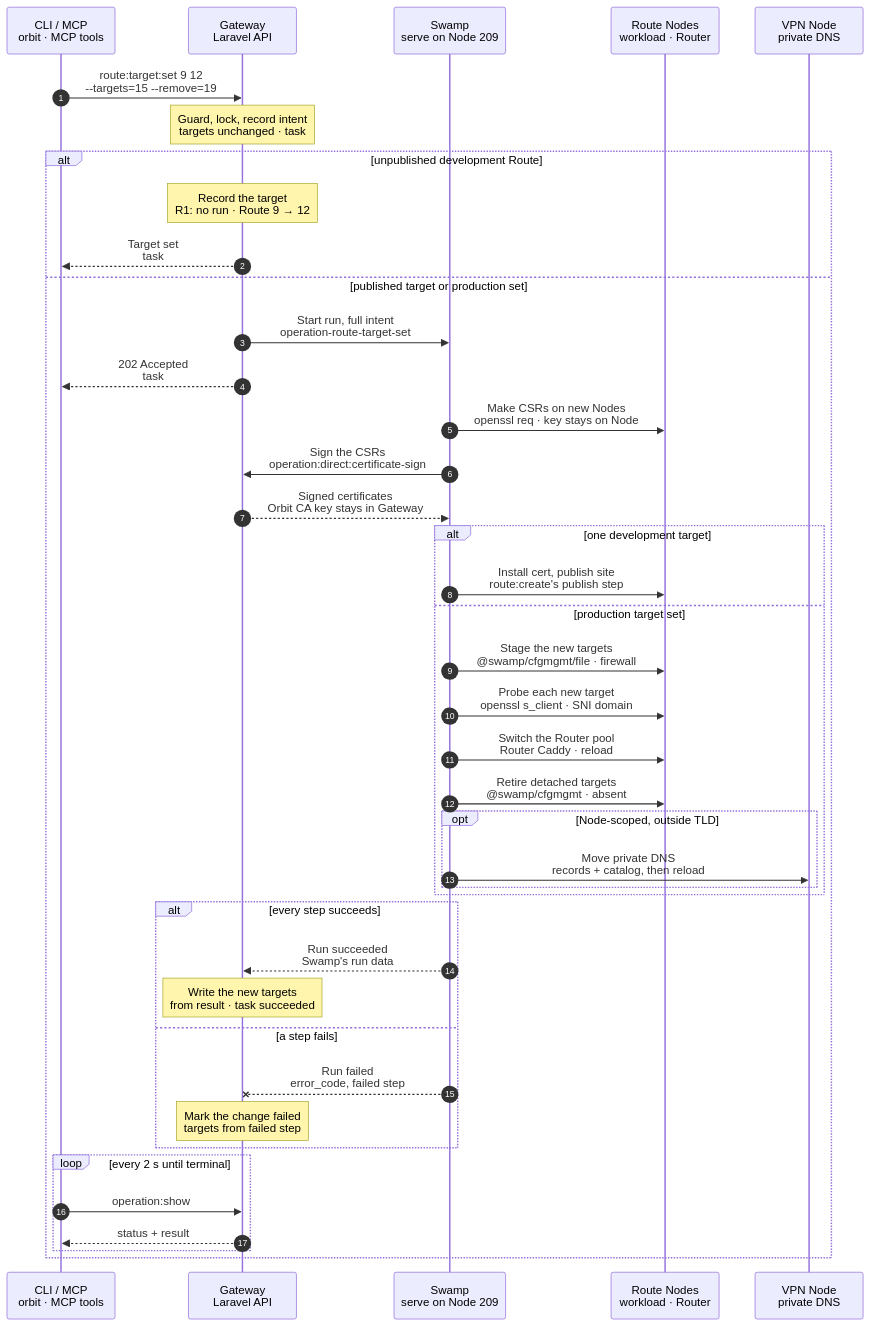
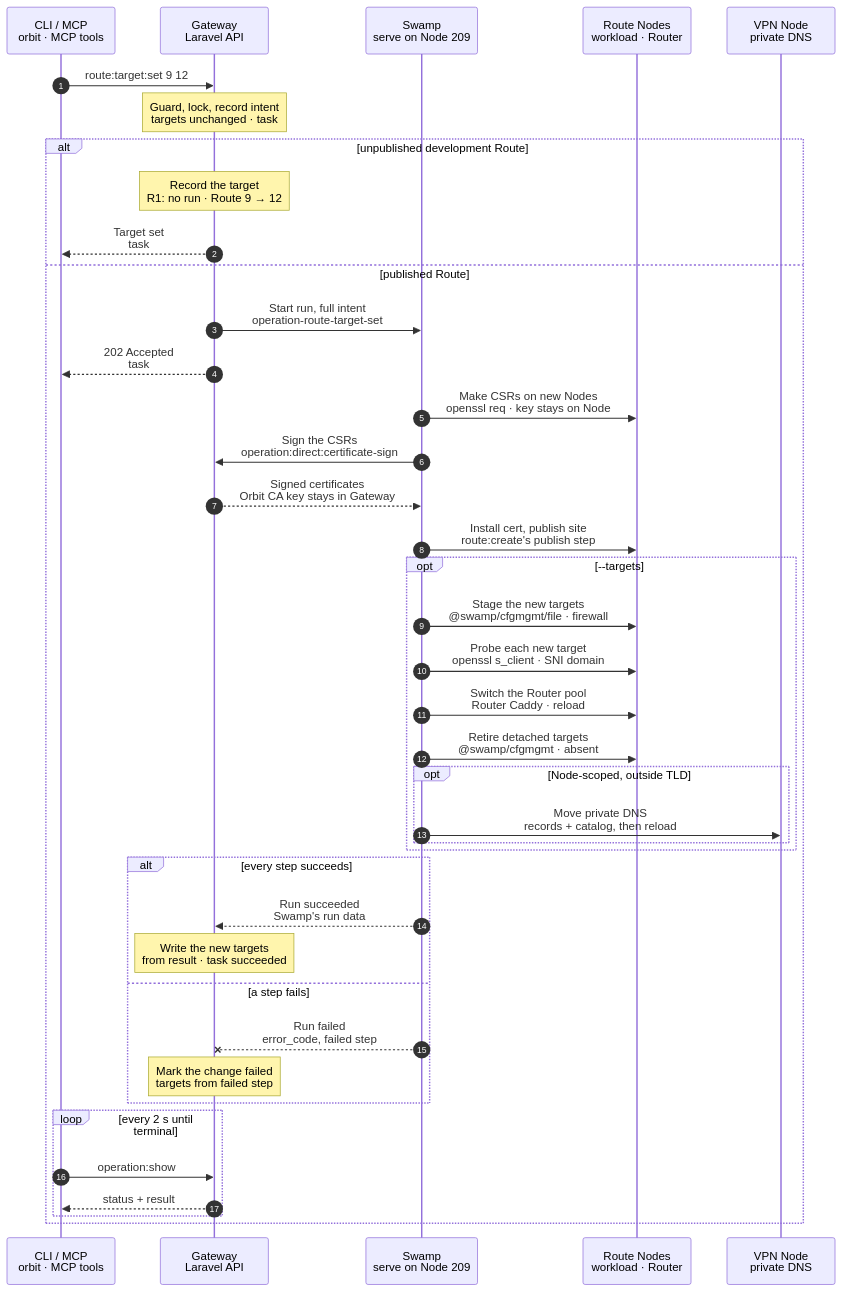
Before and after one commit to hardimpactdev/orbit: the diagram in docs/cli/route/target-set.mmd, drawn with Mermaid. The commit also changed 5 other files, not shown here.

First line of the commit message:
docs(cli): draw route and schedule charts with a required-only main path

```diff
--- a/docs/cli/route/target-set.mmd
+++ b/docs/cli/route/target-set.mmd
@@ -1,153 +1,161 @@
 sequenceDiagram
   %% Target design: ADR 0244 task, DECISIONS R1-R4 + round 2 (target_set single path, R2), Gateway signs CSRs (root-of-trust), single-swamp-node. docs/cli/route.mdx, docs/reference/routes.md (Create and change targets, Change a production target set).
   %% Tightened: flow-tighten 2026-11-02, rules 2, 3, 22 (instance:create owns web-root access; DNS only outside the TLD; cfgmgmt file/firewall).
   %% Corrected 2026-11-02: a development target is not record-only. Its site root is the target Instance's checkout, so a published site moves in route:create's one publish step.
+  %% Rule 23: 2026-11-03 required-only main path.
   %% status: draft
   %% command: route:target:set
   %% kind: route.target_set
   autonumber
   %% lane CLI icon=terminal pill=caller tone=gray
   %% lane GW icon=gateway pill=intent tone=blue
   %% lane SW icon=workflow pill=executes tone=green
   %% lane N icon=server pill=target tone=amber
   %% lane V icon=server pill=target tone=purple
   participant CLI as CLI / MCP<br/>orbit · MCP tools
   participant GW as Gateway<br/>Laravel API
   participant SW as Swamp<br/>serve on Node 209
   participant N as Route Nodes<br/>workload · Router
   participant V as VPN Node<br/>private DNS
-  CLI->>GW: route:target:set 9 12<br/>--targets=15 --remove=19
+  CLI->>GW: route:target:set 9 12
   %%> Command:
-  %%> - `orbit route:target:set 9 12 --targets=15 --reassign=18:4 --remove=19`
+  %%> - `orbit route:target:set 9 12`
   %%> - syntax: `<route> <target> [--targets=ID]... [--reassign=ID:ROUTE]... [--remove=ID]...`
   %%> Input:
-  %%> - Route 9 and Instance 12
-  %%> - without options: one target
-  %%> - with options: the complete ordered production target set, here Instances 12 and 15
-  %%> - each detached Instance needs a disposition: `--reassign=18:4` moves Instance 18 to Route 4, `--remove=19` allows removing Instance 19
+  %%> - Route 9 and Instance 12: the one target of Route 9
+  %%> Optional:
+  %%> - `--targets=15`: the complete ordered production target set, here Instances 12 and 15; it adds the set steps in `opt --targets`
+  %%> - `--reassign=18:4`: a detached Instance 18 moves to Route 4
+  %%> - `--remove=19`: allows removing a detached Instance 19
+  %%> - each detached Instance needs one of these dispositions; `--reassign` and `--remove` also send the request as a target set
+  %%> - `--idempotency-key` and `--json` change no step
   Note over GW: Guard, lock, record intent<br/>targets unchanged · task #5140
   %%> Requirements:
   %%> - your Node has an access grant to every target's Node
   %%> - every target is an active Instance of Route 9's Project (`route.target_app_conflict`, `route.target_inactive`)
   %%> - no active Instance loses its only Route (`route.target_conflict`)
   %%> - a single target never takes an Instance from another Route
   %%> - a target set: an explicit Cluster-scoped Route; each target a production Instance on its own active `app-prod` Node in that Cluster
   %%> Locks:
   %%> - the projection lock and the environment owner of every Instance named
   %%> - a busy lock is waited for up to 30 s, then `app-dev.projection_busy`
   %%> Result:
   %%> - task #5140 recorded with the full intent, including the old targets for recovery
   %%> - Route 9's targets stay as they are until the result
   alt unpublished development Route
     Note over GW: Record the target<br/>R1: no run · Route 9 → 12
     %%> When:
     %%> - one development target on a Route whose sites are not published
     %%> Why no run:
     %%> - no site serves the Route yet, so nothing changes on a Node; the Route publishes when it converges
     %%> Result:
     %%> - Route 9's target becomes Instance 12, and the task has already succeeded
     GW-->>CLI: Target set<br/>task #5140 succeeded
     %%> What you get:
     %%> - the final result at once; there is nothing to follow
-  else published target or production set
+  else published Route
     GW->>SW: Start run, full intent<br/>operation-route-target-set
     %%> What it does:
     %%> - starts one Swamp run on serve (Node 209)
+    %%> When:
+    %%> - Route 9's sites are published; a target set always starts a run
     %%> Inputs:
     %%> - each step's whole files, rendered by the Gateway: Caddyfiles, PHP pools, `APP_URL` lines, certificate leaves, LAN rules and probes, per Node
     %%> - production `.env` material only as vault key names in `orbit-control-inputs` (R3)
     %%> - each Node's address and SSH host keys; the SSH identity comes from the `swamp` role
     GW-->>CLI: 202 Accepted<br/>task #5140
     %%> What you get:
     %%> - the task number, at once
     %%> Next:
     %%> - the CLI follows the task with `operation:show`
     SW->>N: Make CSRs on new Nodes<br/>openssl req · key stays on Node
     %%> How:
     %%> - Swamp reaches each Node over `@swamp/ssh` from 209
     %%> What it does:
     %%> - makes a key and a certificate request for the Route domain on each Node that needs a leaf
     %%> - a new production target also gets a leaf under a temporary scope, for its staged site
     %%> - returns only the public CSRs
     SW->>GW: Sign the CSRs<br/>operation:direct:certificate-sign
     %%> What it does:
     %%> - sends the CSRs with task #5140 and the run id
     %%> Why:
     %%> - the Orbit CA key stays in the Gateway; signing is the one step that calls the Gateway
     GW-->>SW: Signed certificates<br/>Orbit CA key stays in Gateway
     %%> Returns:
     %%> - one public certificate bundle per leaf
-    alt one development target
-      SW->>N: Install cert, publish site<br/>route:create's publish step
+    SW->>N: Install cert, publish site<br/>route:create's publish step
+    %%> When:
+    %%> - Route 9's sites are published, so its site moves from the previous target's checkout to Instance 12's
+    %%> - with `--targets`, this step has no Node and the set steps below run instead
+    %%> What it does:
+    %%> - runs the same child as `route:create`: installs the certificate, writes each Node's whole Caddyfile, validates it and reloads Caddy
+    %%> - the previous target's Node loses the site; Instance 12's Node gains it
+    %%> Not included:
+    %%> - web-root access: `instance:create` already gave Caddy read access to Instance 12's checkout (rule 2)
+    opt --targets
+      SW->>N: Stage the new targets<br/>@swamp/cfgmgmt/file · firewall
       %%> When:
-      %%> - Route 9's sites are published, so its site moves from the previous target's checkout to Instance 12's
-      %%> What it does:
-      %%> - runs the same child as `route:create`: installs the certificate, writes each Node's whole Caddyfile, validates it and reloads Caddy
-      %%> - the previous target's Node loses the site; Instance 12's Node gains it
-      %%> Not included:
-      %%> - web-root access: `instance:create` already gave Caddy read access to Instance 12's checkout (rule 2)
-    else production target set
-      SW->>N: Stage the new targets<br/>@swamp/cfgmgmt/file · firewall
+      %%> - only for a target set: `--targets`, `--reassign` or `--remove`
       %%> What it does:
       %%> - per new Node: allows the Router on LAN port 443 with `@swamp/cfgmgmt/firewall`, installs the certificates, and writes the PHP pool, the staged Caddyfile and the production `.env`
       %%> - the staged Caddyfile adds the new workload site beside the old ones and uses the temporary leaf
       %%> - validates each Caddyfile, then reloads Caddy; never a restart (rule 7)
       SW->>N: Probe each new target<br/>openssl s_client · SNI domain
       %%> What it does:
       %%> - connects from 209 to each new workload on port 443, with the Route domain as SNI
       %%> Why:
       %%> - the Router only sends traffic to targets that serve
       SW->>N: Switch the Router pool<br/>Router Caddy · reload
       %%> What it does:
       %%> - writes the Router's whole Caddyfile with the pool Instances 12 and 15, in order
       %%> - validates, then reloads Caddy on the Router
       %%> Not included:
       %%> - DNS: the Route domain points at the Router, which does not change
       SW->>N: Retire detached targets<br/>@swamp/cfgmgmt · absent
       %%> What it does:
       %%> - writes each other Node's whole desired Caddyfile: old workload sites go, and the new targets move to their lasting leaf
       %%> - removes LAN rules and temporary certificates no Route needs
       %%> - Instance 18's site follows it to Route 4
       %%> Not included:
       %%> - Instance removal: `--remove` is refused with `route.target_cleanup_unavailable` until the shared Instance removal steps run here
       opt Node-scoped, outside TLD
         SW->>V: Move private DNS<br/>records + catalog, then reload
         %%> When:
         %%> - a Node-scoped Route whose new target runs on another Node, with a domain outside the Cluster or Node TLD
         %%> - private DNS answers the whole TLD, so a domain inside it needs no record
         %%> What it does:
         %%> - writes the records and the catalog, then restarts dnsmasq
       end
     end
     alt every step succeeds
       SW-->>GW: Run succeeded<br/>Swamp's run data
       %%> How the Gateway learns it:
       %%> - its shared run reader sees the terminal event; Swamp never calls the Gateway
       %%> - the end check is the Router switch, or the publish step of a development target
       Note over GW: Write the new targets<br/>from result · task succeeded
       %%> Result:
       %%> - Route 9 targets Instances 12 and 15
       %%> - Instance 18 belongs to Route 4
       %%> - task #5140 succeeds, and the Gateway broadcasts `route.updated`
     else a step fails
       SW--xGW: Run failed<br/>error_code, failed step
       %%> The Gateway reads:
       %%> - which step failed, and so whether the Router pool had switched
       Note over GW: Mark the change failed<br/>targets from failed step
       %%> Result before the Router switch:
       %%> - Route 9 keeps its old targets; staged sites serve no traffic, so they stay
       %%> Result after the Router switch:
       %%> - the new pool serves, so the Gateway records the new targets and keeps the recorded set
       %%> - task #5140 fails, with `failed_step` and `error_code` on Route 9
       %%> Retry:
       %%> - run the same command again after fixing the cause; after the switch, the rerun retires what is left
     end
     loop every 2 s until terminal
       CLI->>GW: operation:show #5140
       %%> What it does:
       %%> - asks for the task's status every 2 seconds until it has ended
       GW-->>CLI: status + result
       %%> Returns:
       %%> - the current status, and the result once the task has ended
     end
   end
```
